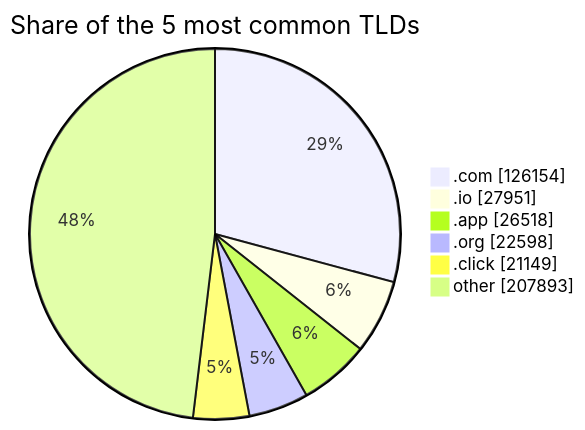
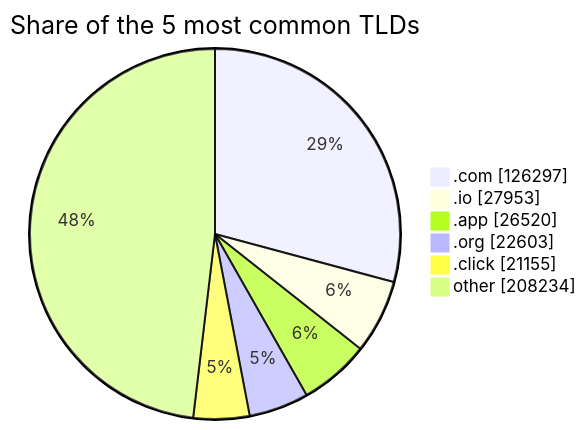
The third of 3 diagrams in README.md (DNSBunker/CTI), drawn with Mermaid before and after one commit. The commit also changed other lines of this file and 3 other files, not shown here.

````diff
--- a/README.md
+++ b/README.md
@@ -81,9 +81,9 @@
 ```mermaid
 pie showData title Share of the 5 most common TLDs
-    ".com" : 126154
-    ".io" : 27951
-    ".app" : 26518
-    ".org" : 22598
-    ".click" : 21149
-    "other" : 207893
+    ".com" : 126297
+    ".io" : 27953
+    ".app" : 26520
+    ".org" : 22603
+    ".click" : 21155
+    "other" : 208234
 ```
````
